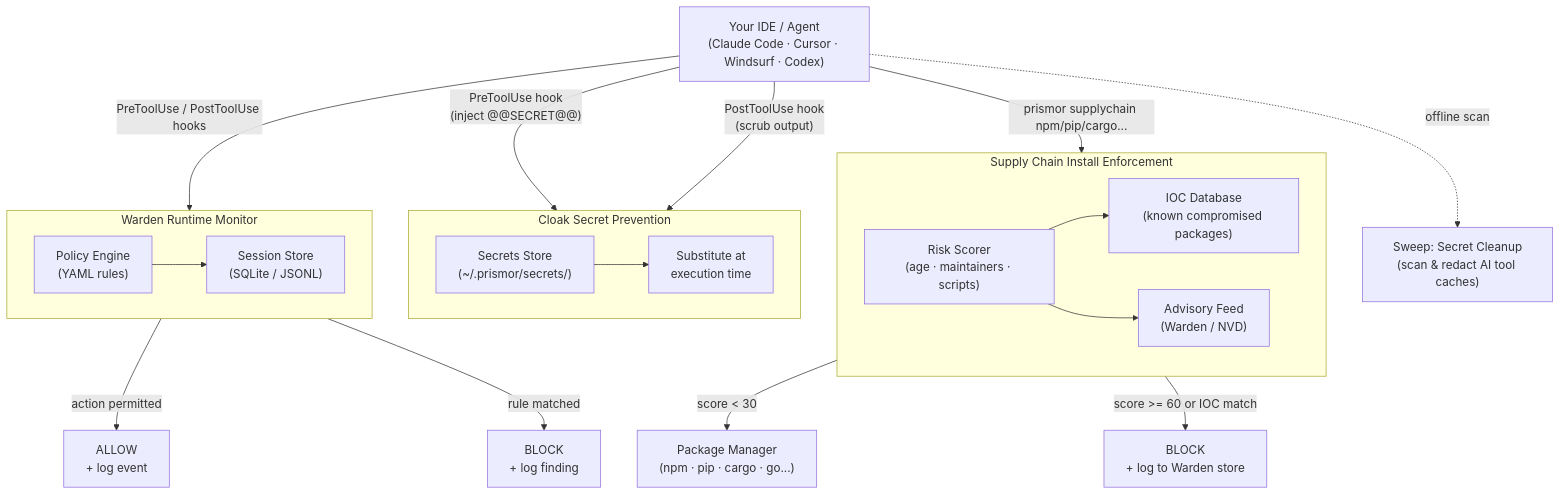
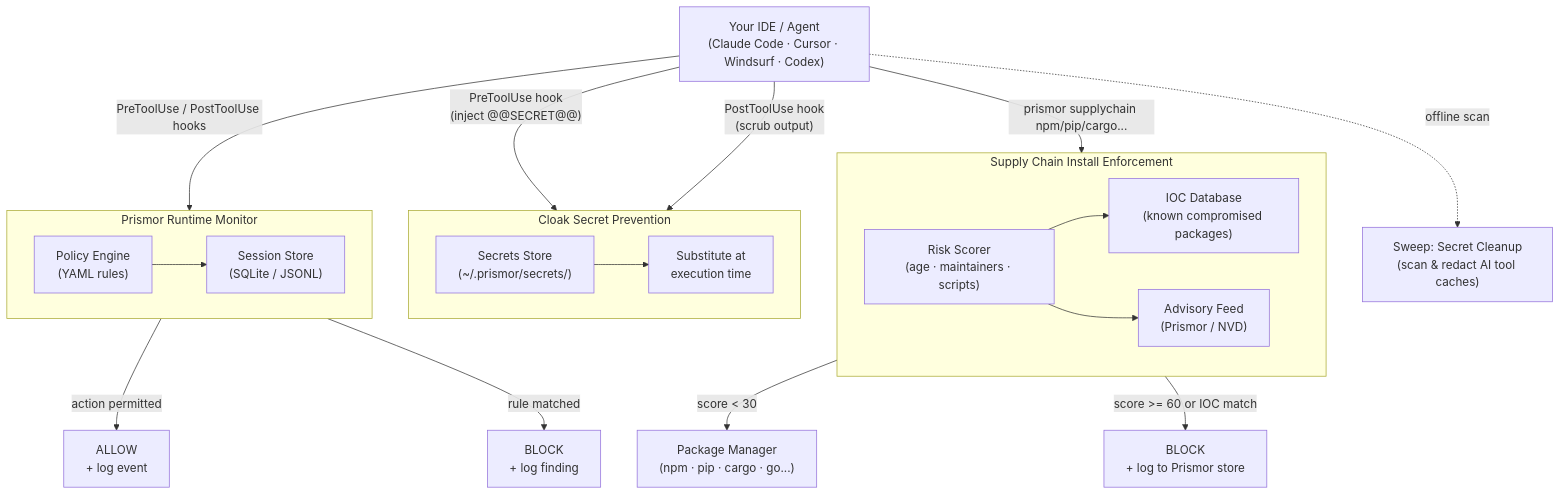
Before and after one commit to Madhumasa84/prismor: the diagram in README.md, drawn with Mermaid. The commit also changed other lines of this file and 307 other files, not shown here.

First line of the commit message:
Rename Warden -> Prismor across the runtime (prismor.runtime namespace)

````diff
--- a/README.md
+++ b/README.md
@@ -273,40 +273,40 @@
 ```mermaid
 flowchart TD
     IDE["Your IDE / Agent\n(Claude Code · Cursor · Windsurf · Codex)"]
 
-    IDE -->|"PreToolUse / PostToolUse hooks"| Warden
+    IDE -->|"PreToolUse / PostToolUse hooks"| Prismor
 
-    subgraph Warden["Warden Runtime Monitor"]
+    subgraph Prismor["Prismor Runtime Monitor"]
         Policy["Policy Engine\n(YAML rules)"]
         Session["Session Store\n(SQLite / JSONL)"]
         Policy --> Session
     end
 
-    Warden -->|"action permitted"| Allow["ALLOW\n+ log event"]
-    Warden -->|"rule matched"| Block["BLOCK\n+ log finding"]
+    Prismor -->|"action permitted"| Allow["ALLOW\n+ log event"]
+    Prismor -->|"rule matched"| Block["BLOCK\n+ log finding"]
 
     IDE -->|"PreToolUse hook\n(inject @@SECRET@@)"| Cloak
     IDE -->|"PostToolUse hook\n(scrub output)"| Cloak
 
     subgraph Cloak["Cloak Secret Prevention"]
         Store["Secrets Store\n(~/.prismor/secrets/)"]
         Cloak_Hook["Substitute at\nexecution time"]
         Store --> Cloak_Hook
     end
 
     Sweep["Sweep: Secret Cleanup\n(scan & redact AI tool caches)"]
     IDE -.->|"offline scan"| Sweep
 
     IDE -->|"prismor supplychain npm/pip/cargo..."| SC
 
     subgraph SC["Supply Chain Install Enforcement"]
         Scorer["Risk Scorer\n(age · maintainers · scripts)"]
         IOC["IOC Database\n(known compromised packages)"]
-        Feed["Advisory Feed\n(Warden / NVD)"]
+        Feed["Advisory Feed\n(Prismor / NVD)"]
         Scorer --> IOC
         Scorer --> Feed
     end
 
     SC -->|"score < 30"| PkgMgr["Package Manager\n(npm · pip · cargo · go...)"]
-    SC -->|"score >= 60 or IOC match"| SCBlock["BLOCK\n+ log to Warden store"]
+    SC -->|"score >= 60 or IOC match"| SCBlock["BLOCK\n+ log to Prismor store"]
 ```
````
